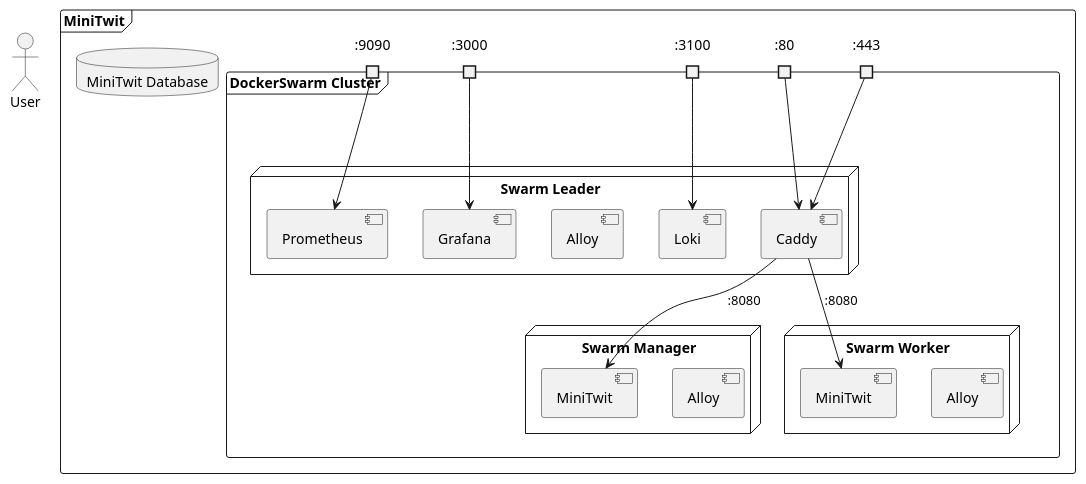
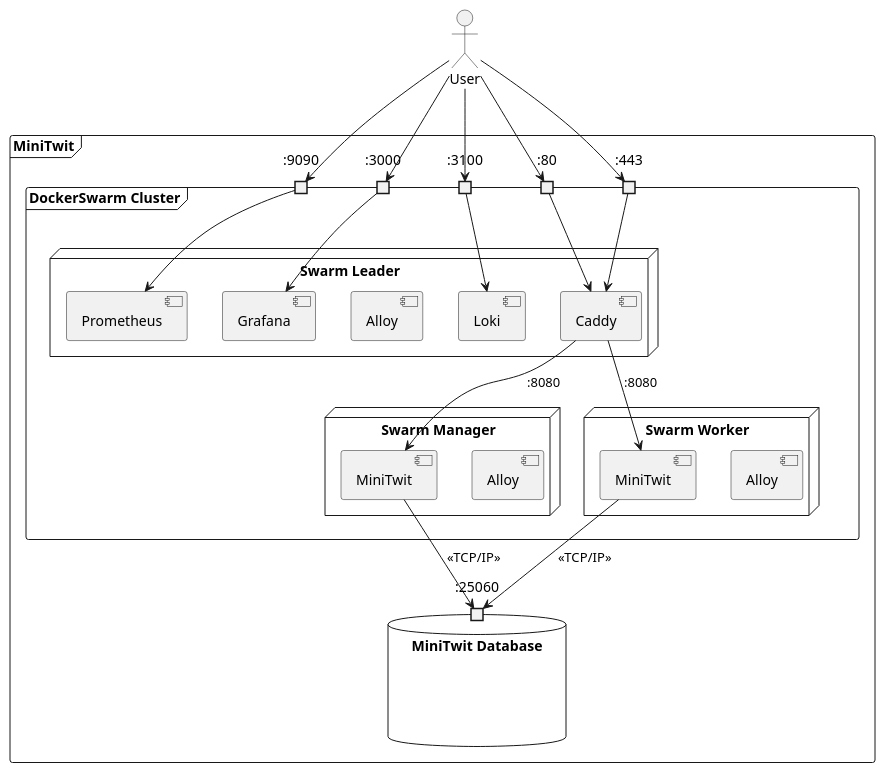
Before and after one commit to DevBobs-devops/Devbobs_MiniTwit: the diagram in report/src/diagrams/deployment-2.puml, drawn with PlantUML. The commit also changed 1 other file, not shown here.

Commit message:
report: more deployment diagram

```diff
--- a/report/src/diagrams/deployment-2.puml
+++ b/report/src/diagrams/deployment-2.puml
@@ -1,61 +1,70 @@
 @startuml 
 
 actor User
 
 frame "MiniTwit"{
 
     frame "DockerSwarm Cluster" as DockerSwarm{
          
          
         port ":9090" as 9090
         port ":3000" as 3000
         port ":3100" as 3100
         port ":80"   as 80
         port ":443"  as 443
 
-        node "Swarm Leader" as leader{
+        node "Swarm Leader" as leader {
 
-            component Grafana
-            component Loki
-            component Alloy as alloy_0
-            component Prometheus 
-            component Caddy
+                component Grafana
+                component Loki
+                component Alloy as alloy_0
+                component Prometheus 
+                component Caddy
         }
 
         
         
             node "Swarm Manager" as manager {
 
                 component Alloy as alloy_1
                 component MiniTwit as minitwit_0
             
             }
 
             node "Swarm Worker" as worker {
 
                 component Alloy as alloy_2
                 component MiniTwit as minitwit_1
             
             }
     
 
 }    
 
     database "MiniTwit Database" as db{
+        port ":25060" as 25060
+        
         
     }
 }
 
 
+User --> 80 
+User --> 443 
+User --> 9090
+User --> 3000
+User --> 3100 
 3000 --> Grafana 
 3100 --> Loki
 9090 --> Prometheus
 80 --> Caddy
 443 --> Caddy 
 
 
-Caddy --> minitwit_0 : :8080
-Caddy --> minitwit_1 : :8080
+Caddy --> minitwit_0 : :8080 
+Caddy --> minitwit_1 : :8080 
+minitwit_0 --> 25060 : <<TCP/IP>>
+minitwit_1 --> 25060 : <<TCP/IP>>
 
 
 @enduml
```
